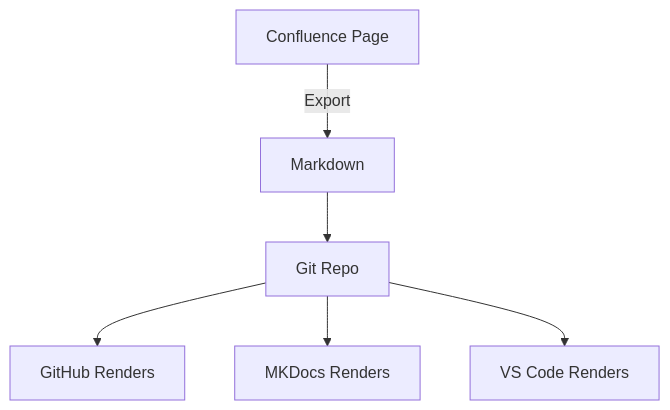
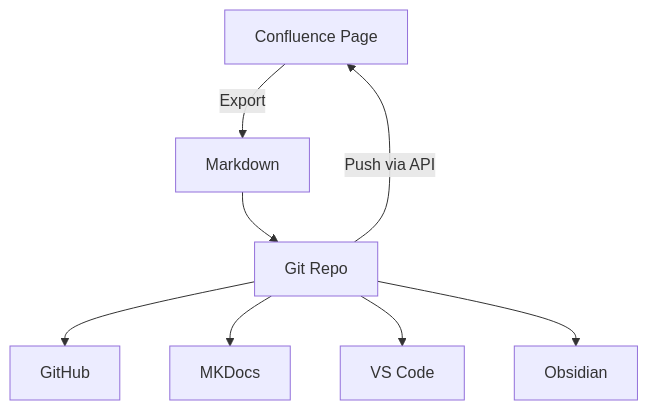
Before and after one commit to magpieE5/demo: the second of 4 diagrams in README.md, drawn with Mermaid. The commit also changed other lines of this file, not shown here.

````diff
--- a/README.md
+++ b/README.md
@@ -57,8 +60,10 @@
 ```mermaid
 graph TD
     A[Confluence Page] -->|Export| B[Markdown]
     B --> C[Git Repo]
-    C --> D[GitHub Renders]
-    C --> E[MKDocs Renders]
-    C --> F[VS Code Renders]
+    C --> D[GitHub]
+    C --> E[MKDocs]
+    C --> F[VS Code]
+    C --> G[Obsidian]
+    C -->|Push via API| A
 ```
````
